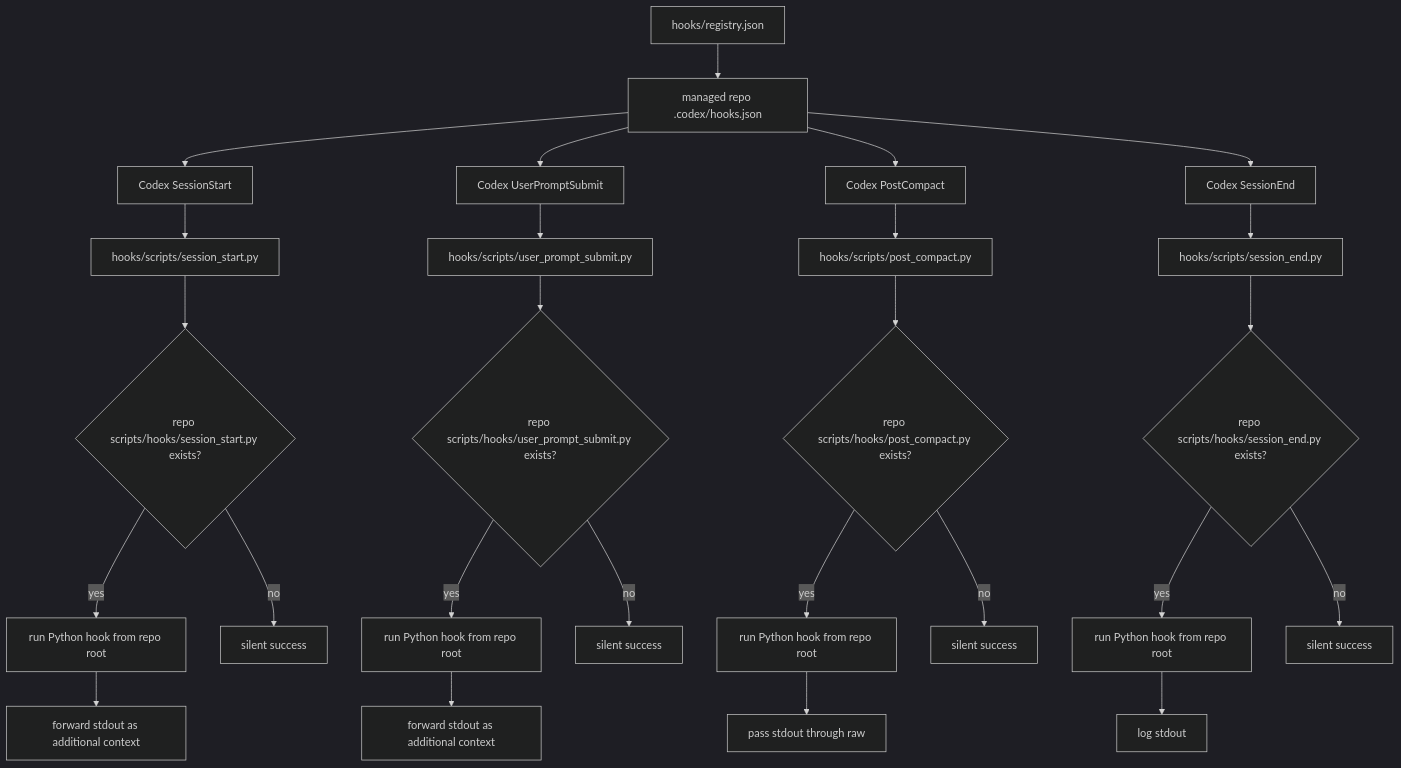
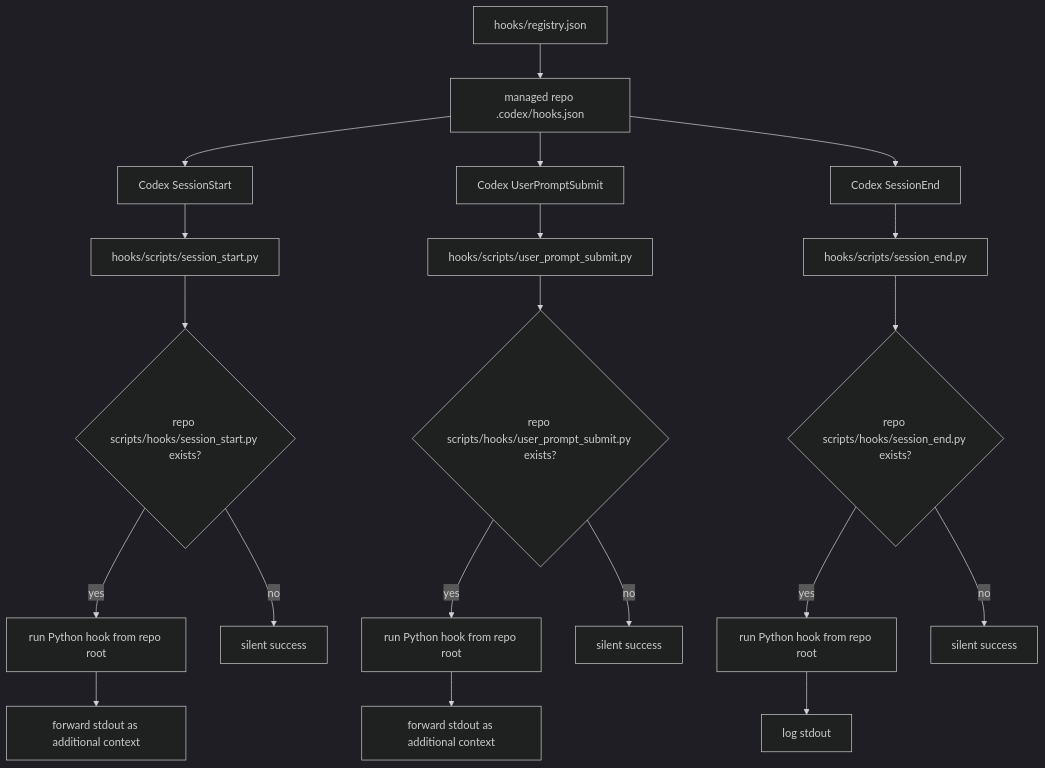
One commit to wisdom-in-a-nutshell/.agents changed the third of 4 diagrams in docs/architecture/codex-control-plane-script-flows.md. Above: the diagram before and after it, drawn with Mermaid (dark theme). The commit also changed 22 other files, not shown here.

Commit message:
Remove retired MCP and compact hook surfaces

````diff
--- a/docs/architecture/codex-control-plane-script-flows.md
+++ b/docs/architecture/codex-control-plane-script-flows.md
@@ -66,31 +66,25 @@
 ```mermaid
 flowchart TD
     A["hooks/registry.json"] --> B["managed repo .codex/hooks.json"]
     B --> C["Codex SessionStart"]
     C --> D["hooks/scripts/session_start.py"]
     D --> E{"repo scripts/hooks/session_start.py exists?"}
     E -->|"yes"| F["run Python hook from repo root"]
     F --> G["forward stdout as additional context"]
     E -->|"no"| H["silent success"]
 
     B --> I["Codex UserPromptSubmit"]
     I --> J["hooks/scripts/user_prompt_submit.py"]
     J --> K{"repo scripts/hooks/user_prompt_submit.py exists?"}
     K -->|"yes"| L["run Python hook from repo root"]
     L --> M["forward stdout as additional context"]
     K -->|"no"| N["silent success"]
 
-    B --> O["Codex PostCompact"]
-    O --> P["hooks/scripts/post_compact.py"]
-    P --> Q{"repo scripts/hooks/post_compact.py exists?"}
-    Q -->|"yes"| R["run Python hook from repo root"]
-    R --> S["pass stdout through raw"]
-    Q -->|"no"| T["silent success"]
 
     B --> U["Codex SessionEnd"]
     U --> V["hooks/scripts/session_end.py"]
     V --> W{"repo scripts/hooks/session_end.py exists?"}
     W -->|"yes"| X["run Python hook from repo root"]
     X --> Y["log stdout"]
     W -->|"no"| Z["silent success"]
 ```
````
